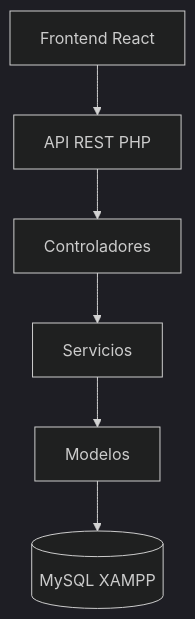
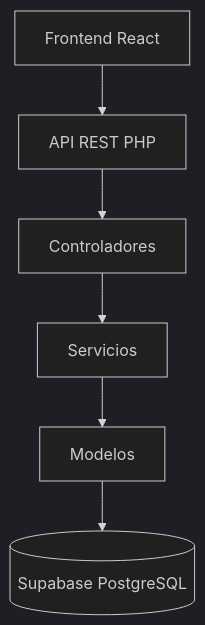
One commit to Norvyz/Inventario-Panaderia changed the third of 4 diagrams in docs/DIAGRAMAS.md. Above: the diagram before and after it, drawn with Mermaid (dark theme). The commit also changed other lines of this file and 15 other files, not shown here.

First line of the commit message:
Base de datos unica: Supabase (PostgreSQL) en local y produccion

````diff
--- a/docs/DIAGRAMAS.md
+++ b/docs/DIAGRAMAS.md
@@ -88,8 +88,8 @@
 ```mermaid
 flowchart TD
   A[Frontend React] --> B[API REST PHP]
   B --> C[Controladores]
   C --> D[Servicios]
   D --> E[Modelos]
-  E --> F[(MySQL XAMPP)]
+  E --> F[(Supabase PostgreSQL)]
 ```
````
